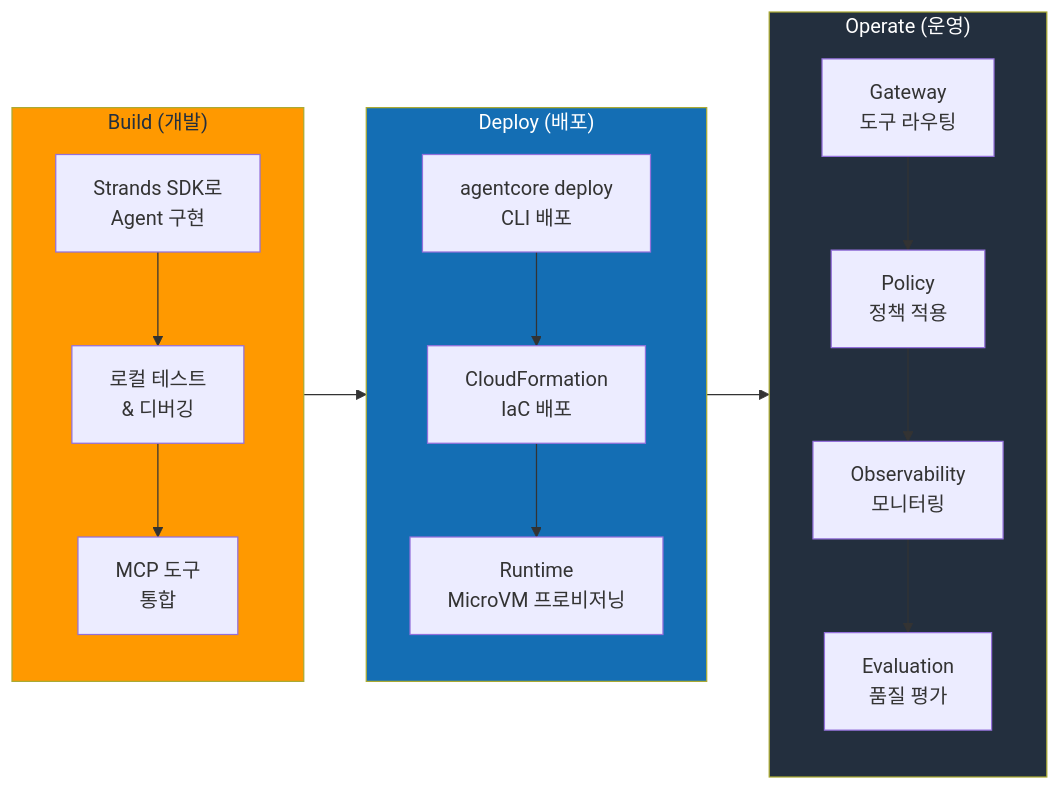
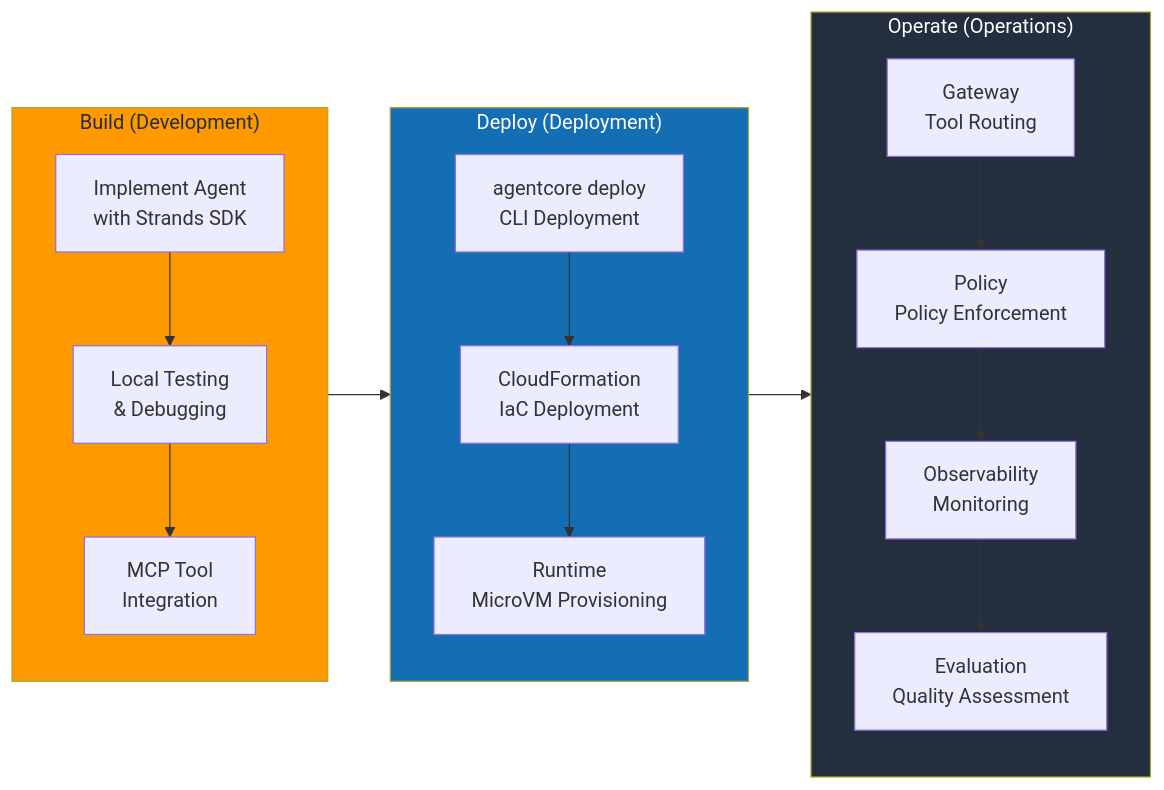
Before and after one commit to devfloor9/engineering-playbook: the second of 5 diagrams in i18n/en/docusaurus-plugin-content-docs/current/agentic-ai-platform/design-architecture/aws-native-agentic-platform.md, drawn with Mermaid. The commit also changed other lines of this file and 16 other files, not shown here.

````diff
--- a/i18n/en/docusaurus-plugin-content-docs/current/agentic-ai-platform/design-architecture/aws-native-agentic-platform.md
+++ b/i18n/en/docusaurus-plugin-content-docs/current/agentic-ai-platform/design-architecture/aws-native-agentic-platform.md
@@ -295,24 +295,24 @@
 ```mermaid
 graph LR
-    subgraph Build["Build (개발)"]
-        B1["Strands SDK로<br/>Agent 구현"] --> B2["로컬 테스트<br/>& 디버깅"]
-        B2 --> B3["MCP 도구<br/>통합"]
+    subgraph Build["Build (Development)"]
+        B1["Implement Agent<br/>with Strands SDK"] --> B2["Local Testing<br/>& Debugging"]
+        B2 --> B3["MCP Tool<br/>Integration"]
     end
 
-    subgraph Deploy["Deploy (배포)"]
-        D1["agentcore deploy<br/>CLI 배포"] --> D2["CloudFormation<br/>IaC 배포"]
-        D2 --> D3["Runtime<br/>MicroVM 프로비저닝"]
+    subgraph Deploy["Deploy (Deployment)"]
+        D1["agentcore deploy<br/>CLI Deployment"] --> D2["CloudFormation<br/>IaC Deployment"]
+        D2 --> D3["Runtime<br/>MicroVM Provisioning"]
     end
 
-    subgraph Operate["Operate (운영)"]
-        O1["Gateway<br/>도구 라우팅"] --> O2["Policy<br/>정책 적용"]
-        O2 --> O3["Observability<br/>모니터링"]
-        O3 --> O4["Evaluation<br/>품질 평가"]
+    subgraph Operate["Operate (Operations)"]
+        O1["Gateway<br/>Tool Routing"] --> O2["Policy<br/>Policy Enforcement"]
+        O2 --> O3["Observability<br/>Monitoring"]
+        O3 --> O4["Evaluation<br/>Quality Assessment"]
     end
 
     Build --> Deploy --> Operate
 
     style Build fill:#FF9900,color:#232F3E
     style Deploy fill:#146EB4,color:#fff
     style Operate fill:#232F3E,color:#fff
 ```
````
